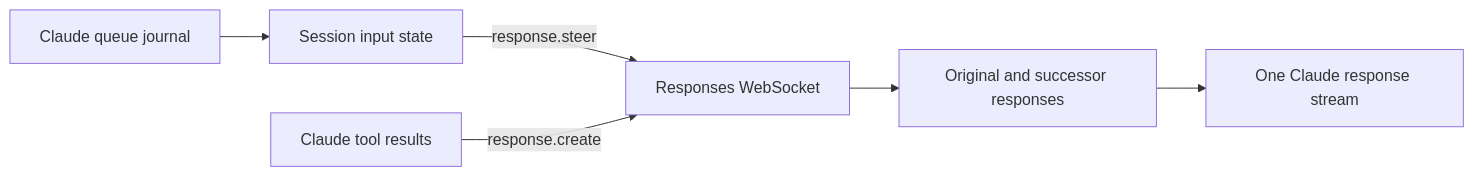
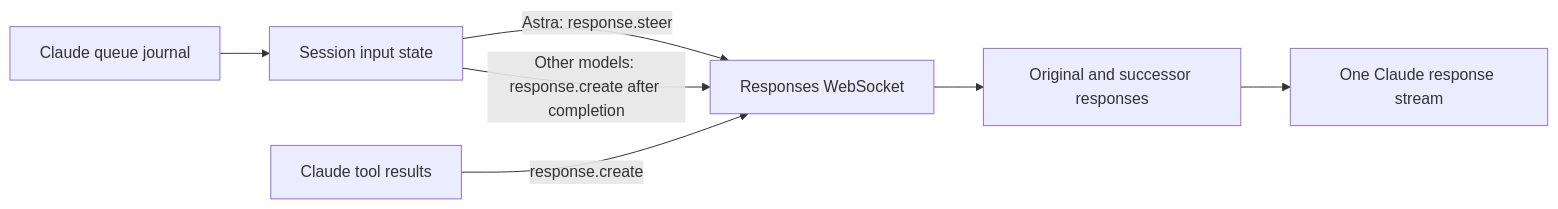
Before and after one commit to cgasgarth/clodex: the diagram in docs/astra-responses.md, drawn with Mermaid. The commit also changed other lines of this file and 4 other files, not shown here.

````diff
--- a/docs/astra-responses.md
+++ b/docs/astra-responses.md
@@ -7,8 +9,9 @@
 ```mermaid
 flowchart LR
   Q[Claude queue journal] --> S[Session input state]
-  S -->|response.steer| W[Responses WebSocket]
+  S -->|Astra: response.steer| W[Responses WebSocket]
+  S -->|Other models: response.create after completion| W
   T[Claude tool results] -->|response.create| W
   W --> R[Original and successor responses]
   R --> C[One Claude response stream]
 ```
````
